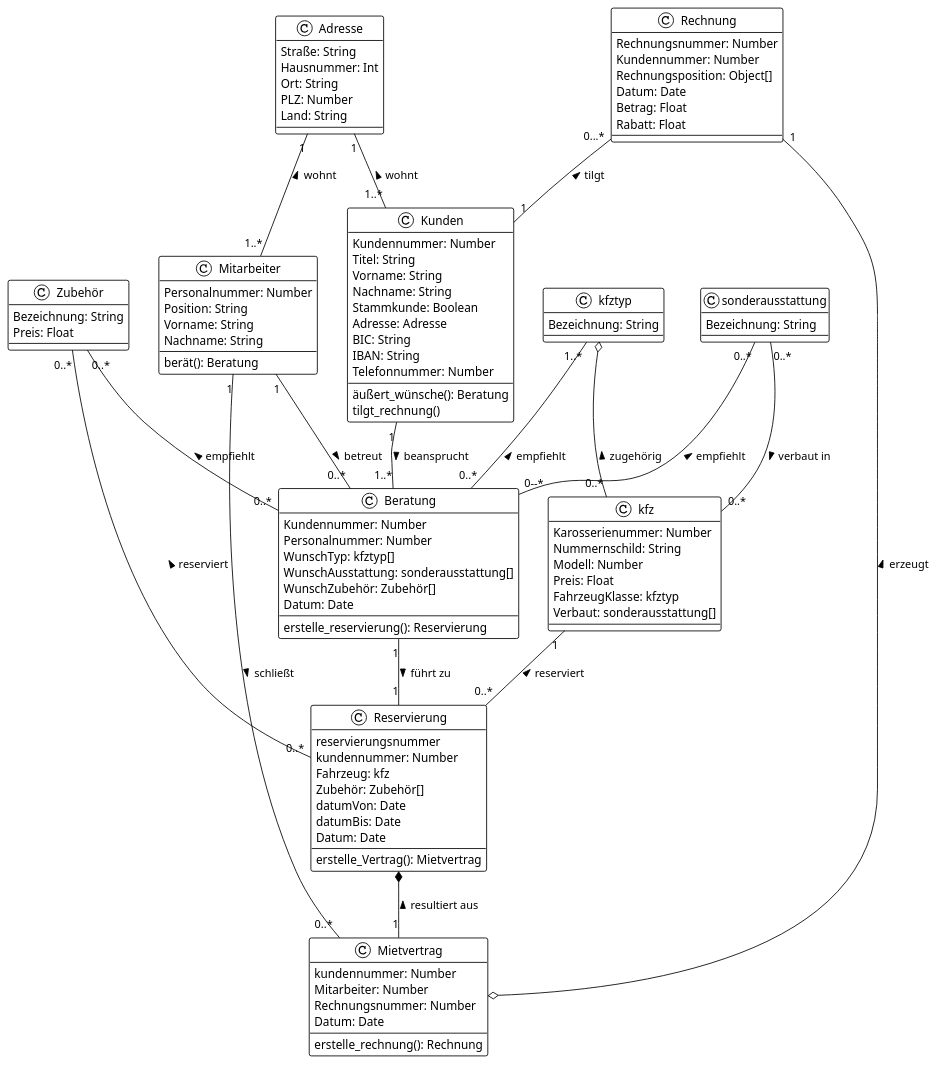
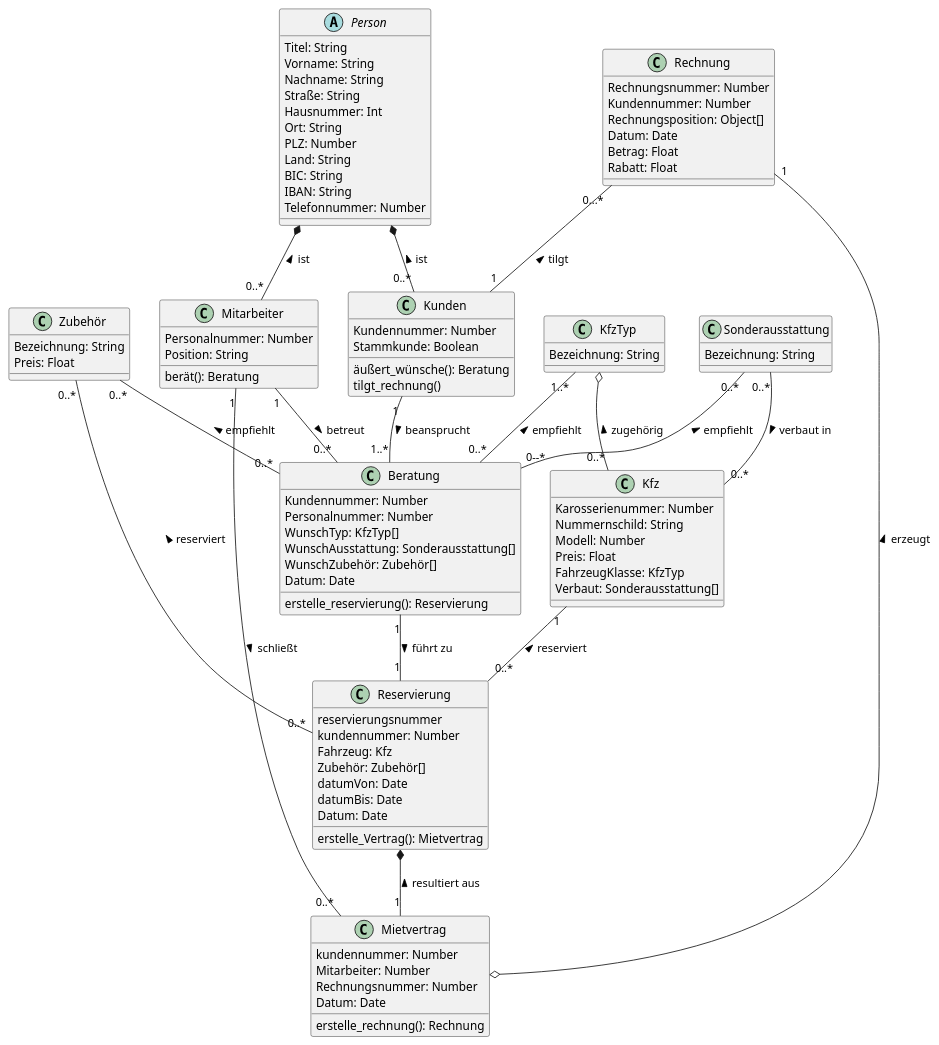
Before and after one commit to till-ko/SWT: the diagram in LuxCar.puml, drawn with PlantUML. The commit also changed 1 other file, not shown here.

```diff
--- a/LuxCar.puml
+++ b/LuxCar.puml
@@ -1,126 +1,123 @@
 @startuml
 'https://plantuml.com/class-diagram
-!theme plain
-Adresse "1"--"1..*" Mitarbeiter : wohnt <
-Adresse "1"--"1..*" Kunden : wohnt <
+!theme _none_
+Person *--"0..*" Mitarbeiter : ist <
+Person *--"0..*" Kunden : ist <
 
 Mitarbeiter "1"--"0..*" Beratung : betreut >
 Mitarbeiter "1"--"0..*" Mietvertrag : schließt >
 
 Kunden "1"--"1..*" Beratung : beansprucht >
 
-kfztyp o--"0..*" kfz : zugehörig <
-sonderausstattung "0..*"--"0..*" kfz : verbaut in >
+KfzTyp o--"0..*" Kfz : zugehörig <
+Sonderausstattung "0..*"--"0..*" Kfz : verbaut in >
 
 Beratung "1"--"1" Reservierung : führt zu >
 
 Reservierung *--"1" Mietvertrag : resultiert aus <
 
 Rechnung "1"--o Mietvertrag : erzeugt <
 Rechnung "0...*"--"1" Kunden : tilgt <
 
-kfz "1"--"0..*" Reservierung : reserviert <
+Kfz "1"--"0..*" Reservierung : reserviert <
 Zubehör "0..*"--"0..*" Reservierung : reserviert <
 
 Zubehör "0..*"--"0..*" Beratung : empfiehlt <
-kfztyp "1..*"--"0..*" Beratung : empfiehlt <
+KfzTyp "1..*"--"0..*" Beratung : empfiehlt <
 
-sonderausstattung "0..*"--"0--*" Beratung : empfiehlt <
+Sonderausstattung "0..*"--"0--*" Beratung : empfiehlt <
 
 
-class Adresse {
+abstract class Person {
+Titel: String
+Vorname: String
+Nachname: String
 Straße: String
 Hausnummer: Int
 Ort: String
 PLZ: Number
 Land: String
+BIC: String
+IBAN: String
+Telefonnummer: Number
 }
 
 class Mitarbeiter {
 Personalnummer: Number
 Position: String
-Vorname: String
-Nachname: String
 
 berät(): Beratung
 }
 
 class Kunden {
 Kundennummer: Number
-Titel: String
-Vorname: String
-Nachname: String
 Stammkunde: Boolean
-Adresse: Adresse
-BIC: String
-IBAN: String
-Telefonnummer: Number
 
 äußert_wünsche(): Beratung
 tilgt_rechnung()
 }
 
 class Beratung {
 Kundennummer: Number
 Personalnummer: Number
-WunschTyp: kfztyp[]
-WunschAusstattung: sonderausstattung[]
+WunschTyp: KfzTyp[]
+WunschAusstattung: Sonderausstattung[]
 WunschZubehör: Zubehör[]
 Datum: Date
 
 erstelle_reservierung(): Reservierung
 }
 
-class kfztyp {
+class KfzTyp {
 Bezeichnung: String
 }
 
-class sonderausstattung{
+class Sonderausstattung{
 Bezeichnung: String
 }
 
-class kfz {
+class Kfz {
 Karosserienummer: Number
 Nummernschild: String
 Modell: Number
 Preis: Float
-FahrzeugKlasse: kfztyp
-Verbaut: sonderausstattung[]
+FahrzeugKlasse: KfzTyp
+Verbaut: Sonderausstattung[]
 }
 
 class Zubehör{
 Bezeichnung: String
 Preis: Float
 }
 
 class Reservierung {
 reservierungsnummer
 kundennummer: Number
-Fahrzeug: kfz
+Fahrzeug: Kfz
 Zubehör: Zubehör[]
 datumVon: Date
 datumBis: Date
 Datum: Date
 
 erstelle_Vertrag(): Mietvertrag
 }
 
 class Mietvertrag {
 kundennummer: Number
 Mitarbeiter: Number
 Rechnungsnummer: Number
 Datum: Date
 
 erstelle_rechnung(): Rechnung
 }
 
 class Rechnung {
 Rechnungsnummer: Number
 Kundennummer: Number
 Rechnungsposition: Object[]
 Datum: Date
 Betrag: Float
 Rabatt: Float
 }
 
 @enduml
```
